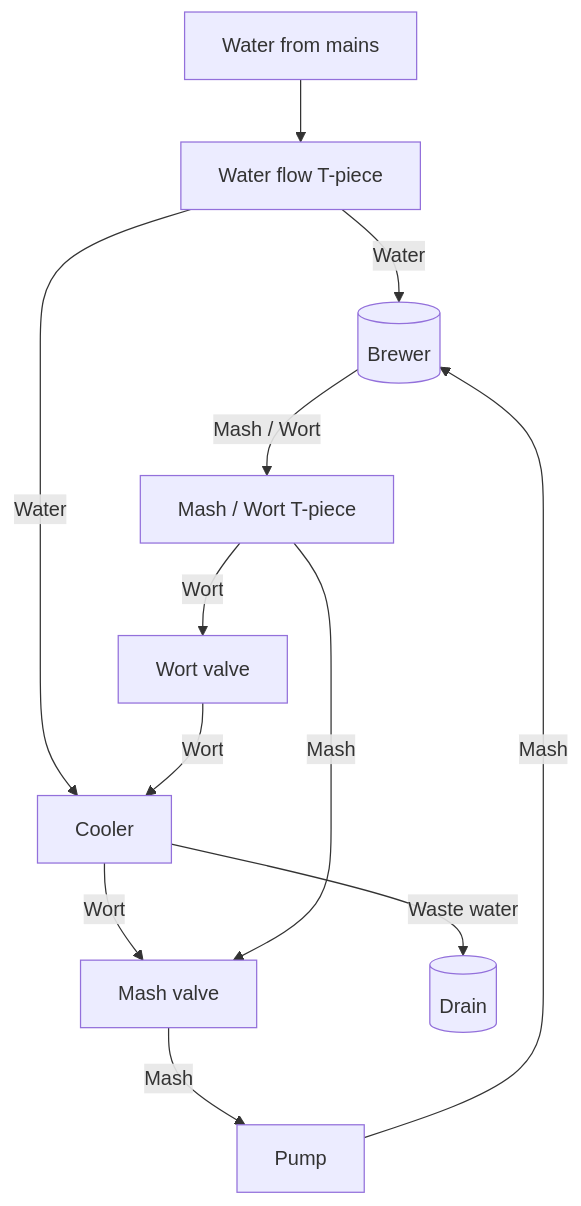
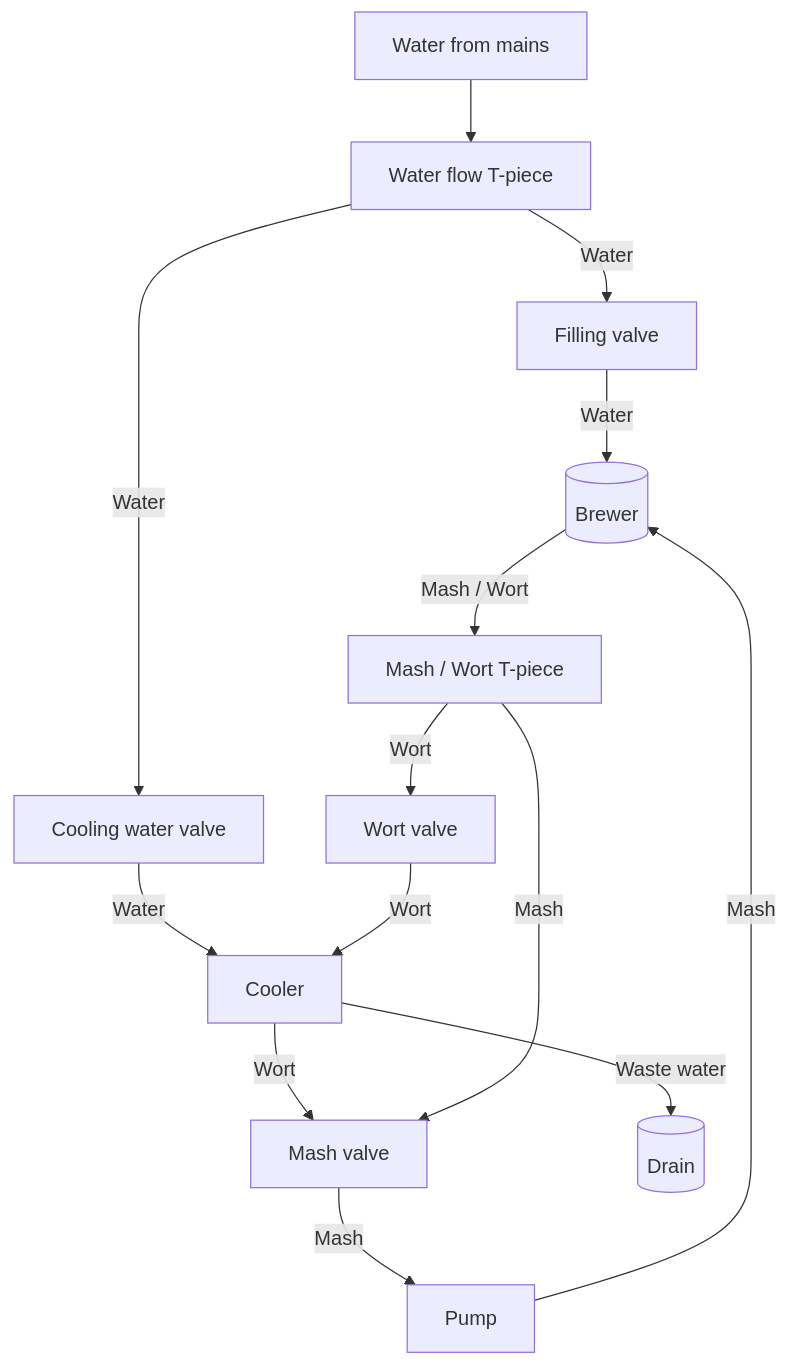
The diagram in README.md (drilorin/brew_notes), drawn with Mermaid before and after one commit.

Commit message:
Minor change

````diff
--- a/README.md
+++ b/README.md
@@ -17,14 +17,16 @@
 ```mermaid
 flowchart TD
   A[Water from mains] --> E[Water flow T-piece];
-  E -- Water --> B[Filling valve];
-  E -- Water --> C[Cooling water valve];
+  E -- Water --> J[Filling valve];
+  E -- Water --> K[Cooling water valve];
   B[(Brewer)] -- Mash / Wort --> F[Mash / Wort T-piece];
   C[Cooler] -- Wort --> G[(Fermenter)];
   P[Pump] -- Mash --> B;
+  J -- Water --> B;
+  K -- Water --> C;
   F -- Mash --> G[Mash valve];
   F -- Wort --> H[Wort valve];
   G -- Mash --> P;
   H -- Wort --> C;
   C -- Waste water --> I[(Drain)];
 ```
````
